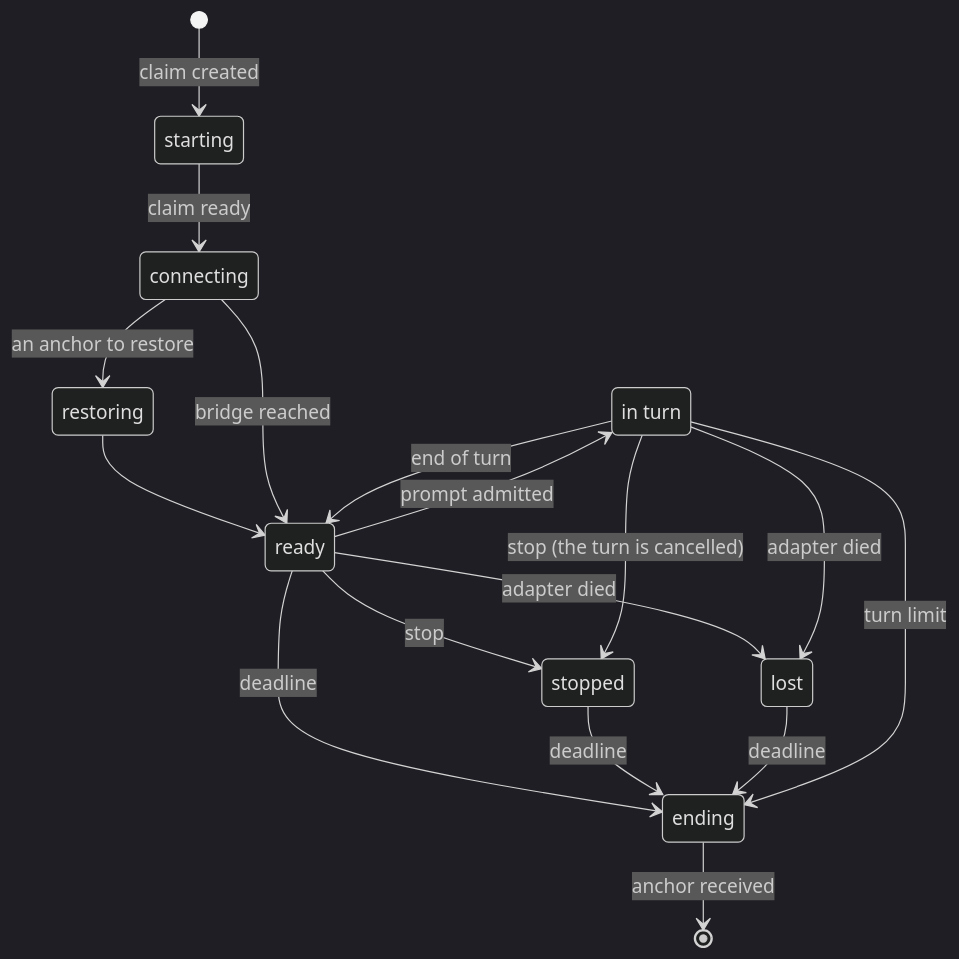
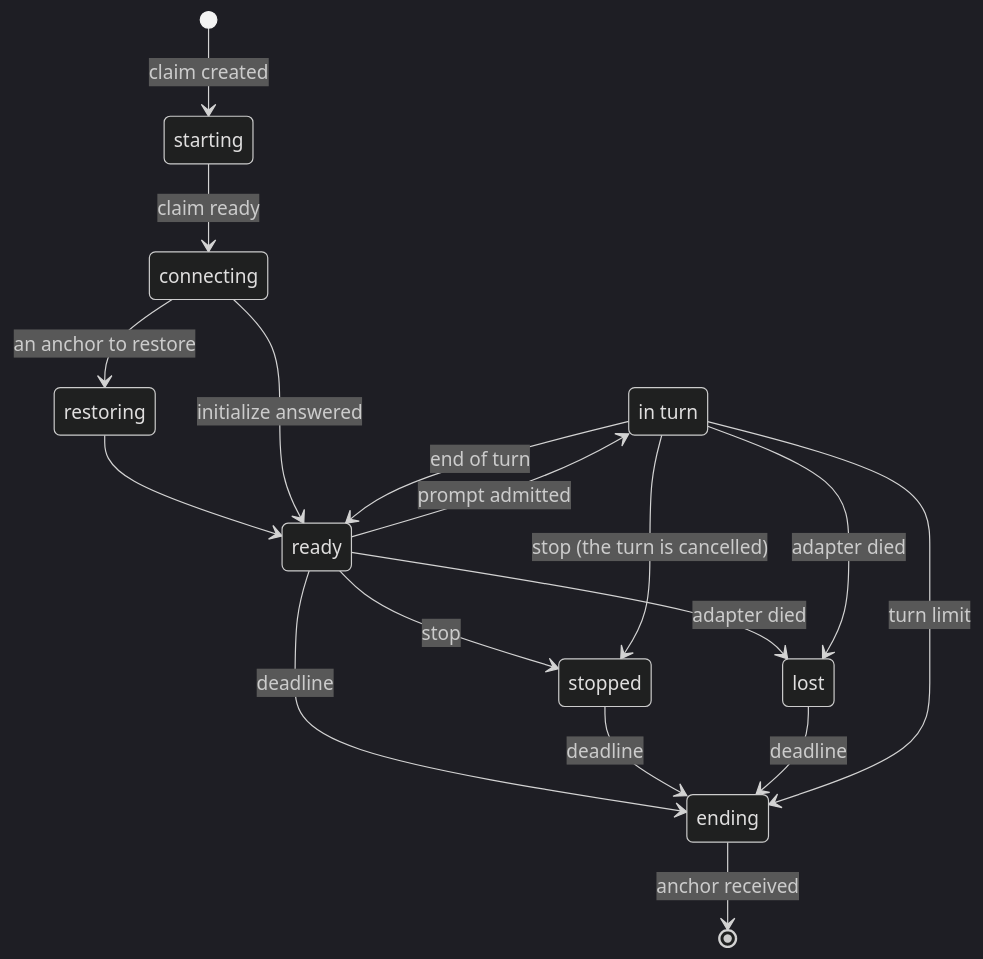
The diagram in docs/architecture/executions.md (arnaultbretagne/agora), drawn with Mermaid (dark theme) before and after one commit. The commit also changed other lines of this file and 4 other files, not shown here.

````diff
--- a/docs/architecture/executions.md
+++ b/docs/architecture/executions.md
@@ -18,20 +18,20 @@
 ```mermaid
 stateDiagram-v2
     state "in turn" as in_turn
     [*] --> starting: claim created
     starting --> connecting: claim ready
     connecting --> restoring: an anchor to restore
     restoring --> ready
-    connecting --> ready: bridge reached
+    connecting --> ready: initialize answered
     ready --> in_turn: prompt admitted
     in_turn --> ready: end of turn
     ready --> stopped: stop
     in_turn --> stopped: stop (the turn is cancelled)
     ready --> lost: adapter died
     in_turn --> lost: adapter died
     ready --> ending: deadline
     stopped --> ending: deadline
     lost --> ending: deadline
     in_turn --> ending: turn limit
     ending --> [*]: anchor received
 ```
````
